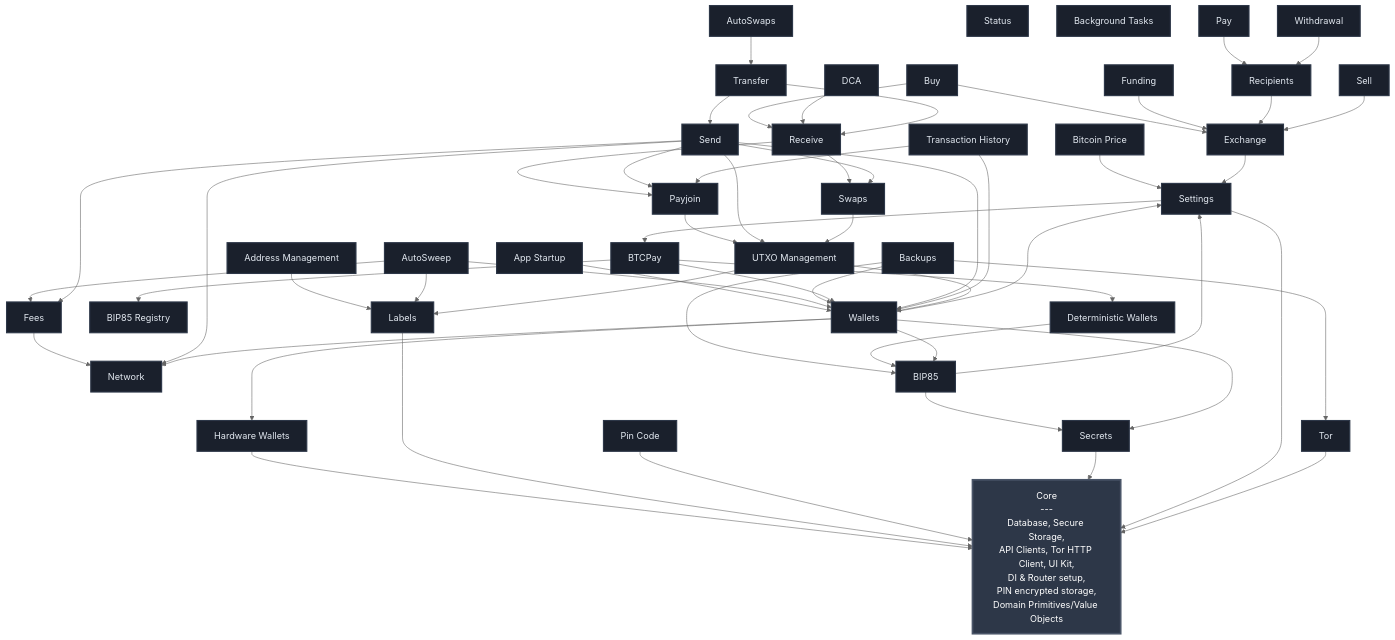
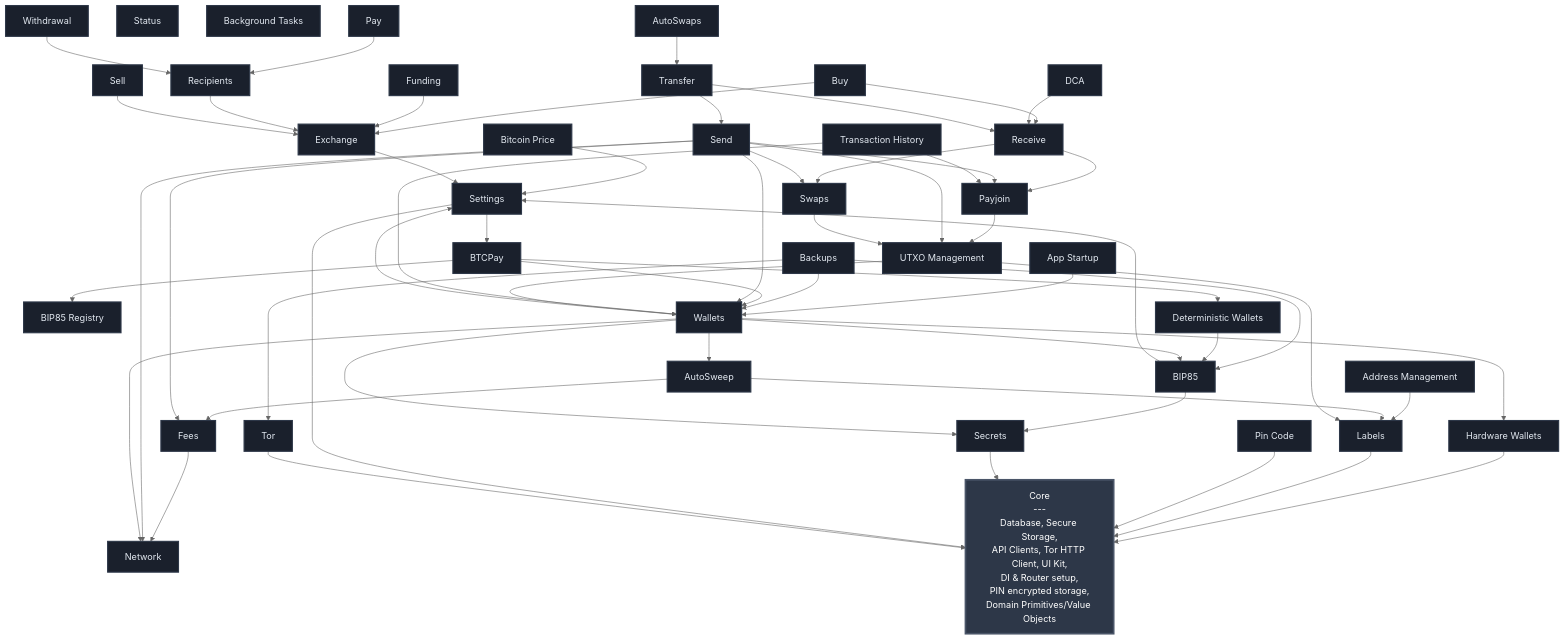
One commit to BullishNode/bullbitcoin-mobile changed the diagram in FEATURES.md. Above: the diagram before and after it, drawn with Mermaid (neutral theme). The commit also changed 10 other files, not shown here.

```diff
--- a/FEATURES.md
+++ b/FEATURES.md
@@ -58,7 +58,6 @@
     AUTOSWAPS --> TRANSFER
     AUTOSWEEP --> FEES
     AUTOSWEEP --> LABELS
-    AUTOSWEEP --> WALLETS
     BIP85 --> SECRETS
     BIP85 --> SETTINGS
     BACKUPS --> BIP85
@@ -102,6 +101,7 @@
     UTXO_MGMT --> LABELS
     UTXO_MGMT --> WALLETS
     WALLETS --> BIP85
+    WALLETS --> AUTOSWEEP
     WALLETS --> HW_WALLETS
     WALLETS --> NETWORK
     WALLETS --> SECRETS
```
